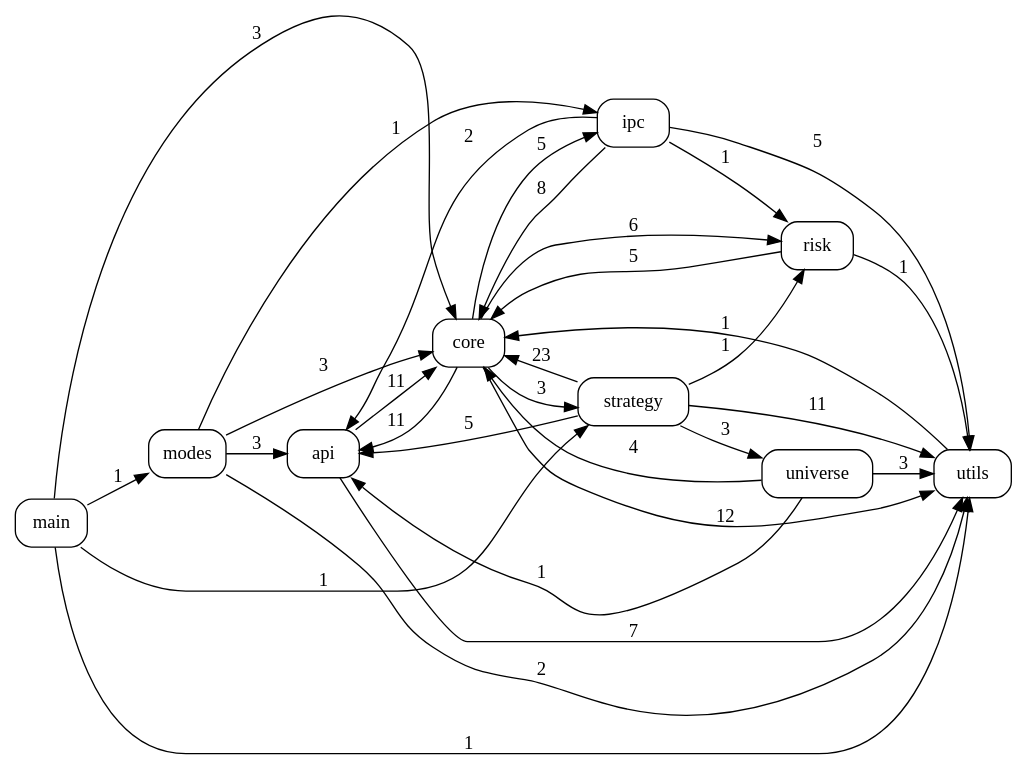
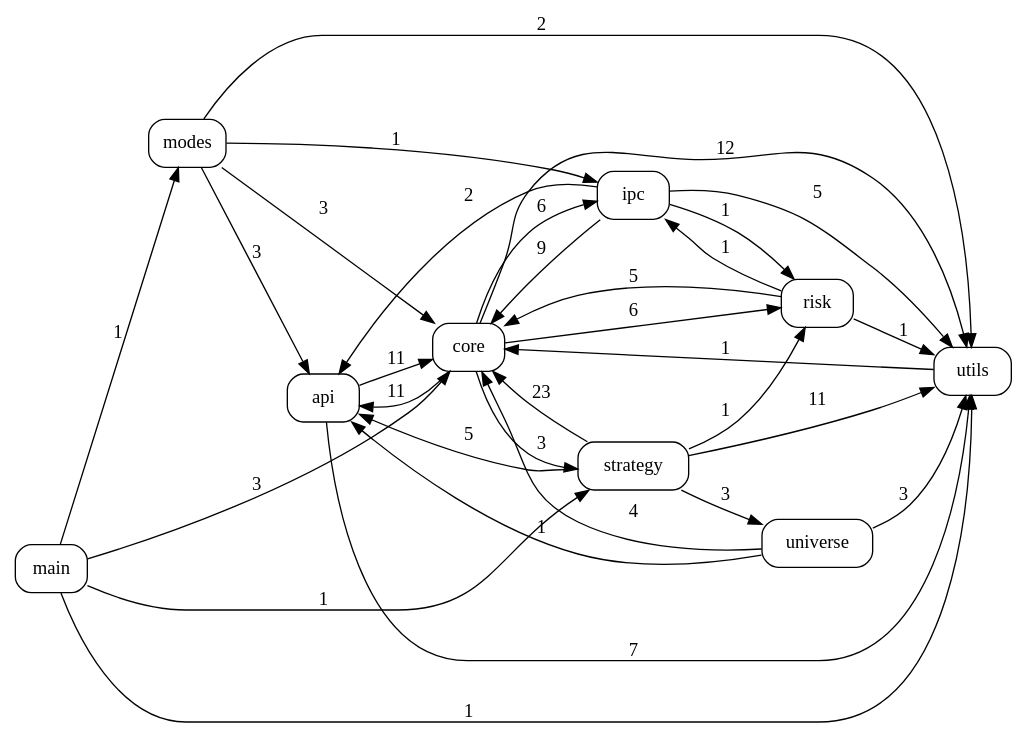
Before and after one commit to pypy8171/Quant: the diagram in docs/code_graph.dot, drawn with Graphviz. The commit also changed 15 other files, not shown here.

```diff
--- a/docs/code_graph.dot
+++ b/docs/code_graph.dot
@@ -1,43 +1,44 @@
 digraph code_graph {
   rankdir=LR;
   node [shape=box, style=rounded, fontname="Consolas"];
   "api";
   "core";
   "ipc";
   "main";
   "modes";
   "risk";
   "strategy";
   "universe";
   "utils";
   "api" -> "core" [label="11"];
   "api" -> "utils" [label="7"];
   "core" -> "api" [label="11"];
-  "core" -> "ipc" [label="5"];
+  "core" -> "ipc" [label="6"];
   "core" -> "risk" [label="6"];
   "core" -> "strategy" [label="3"];
   "core" -> "utils" [label="12"];
   "ipc" -> "api" [label="2"];
-  "ipc" -> "core" [label="8"];
+  "ipc" -> "core" [label="9"];
   "ipc" -> "risk" [label="1"];
   "ipc" -> "utils" [label="5"];
   "main" -> "core" [label="3"];
   "main" -> "modes" [label="1"];
   "main" -> "strategy" [label="1"];
   "main" -> "utils" [label="1"];
   "modes" -> "api" [label="3"];
   "modes" -> "core" [label="3"];
   "modes" -> "ipc" [label="1"];
   "modes" -> "utils" [label="2"];
   "risk" -> "core" [label="5"];
+  "risk" -> "ipc" [label="1"];
   "risk" -> "utils" [label="1"];
   "strategy" -> "api" [label="5"];
   "strategy" -> "core" [label="23"];
   "strategy" -> "risk" [label="1"];
   "strategy" -> "universe" [label="3"];
   "strategy" -> "utils" [label="11"];
   "universe" -> "api" [label="1"];
   "universe" -> "core" [label="4"];
   "universe" -> "utils" [label="3"];
   "utils" -> "core" [label="1"];
 }
```
